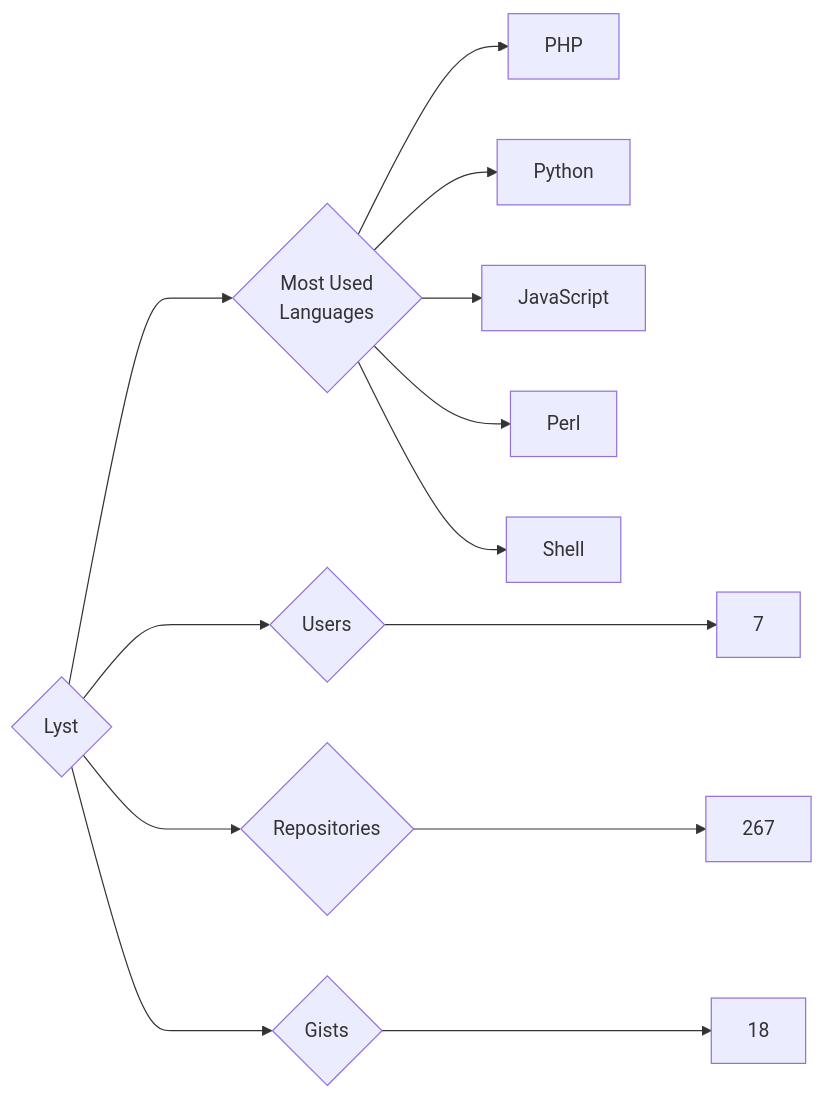
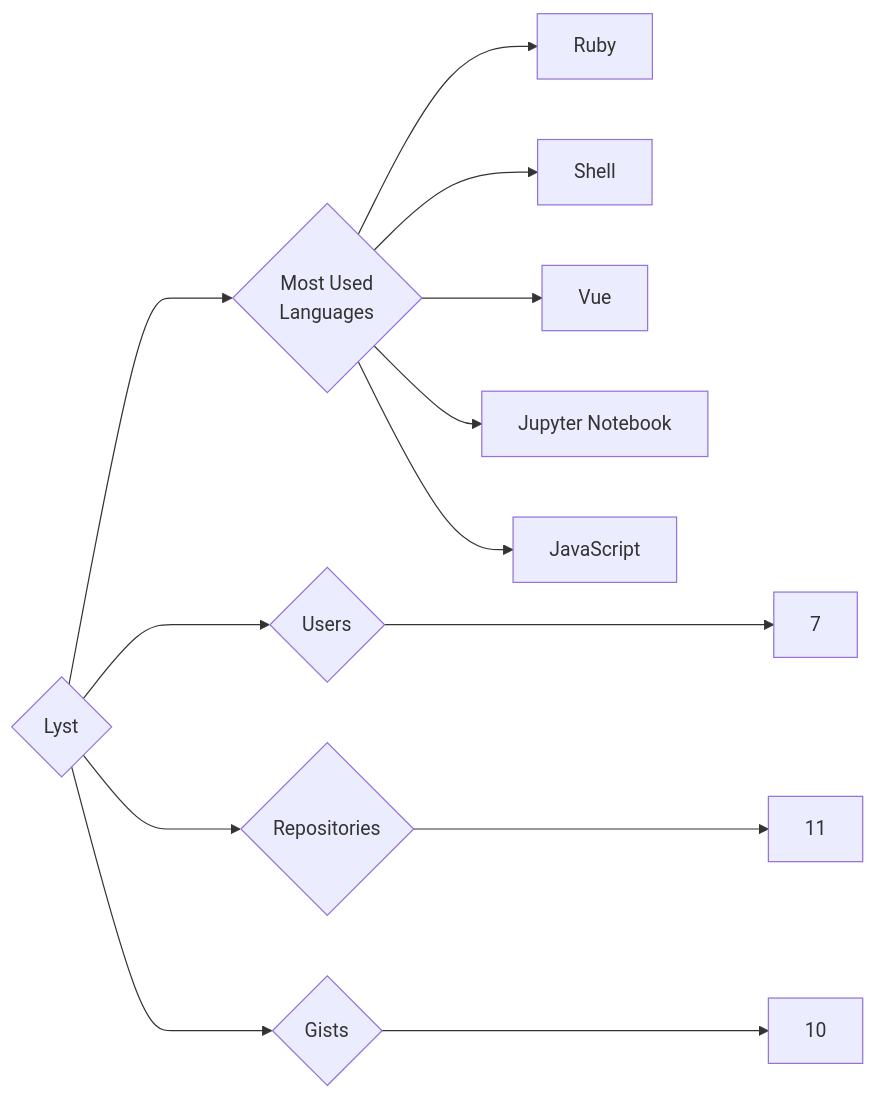
Before and after one commit to trickest/insiders: the diagram in targets/Lyst/README.md, drawn with Mermaid. The commit also changed 877 other files, not shown here.

````diff
--- a/targets/Lyst/README.md
+++ b/targets/Lyst/README.md
@@ -3,13 +3,13 @@
 ```mermaid
 graph LR
 COMPANY_NAME{Lyst}
 COMPANY_NAME ---> U{Users} ---> UN[7]
-COMPANY_NAME ---> R{Repositories} ---> RN[267]
-COMPANY_NAME ---> G{Gists} ---> GN[18]
+COMPANY_NAME ---> R{Repositories} ---> RN[11]
+COMPANY_NAME ---> G{Gists} ---> GN[10]
 COMPANY_NAME ---> ML{Most Used<br>Languages}
-ML --> PHP[PHP]
-ML --> Python[Python]
+ML --> Ruby[Ruby]
+ML --> Shell[Shell]
+ML --> Vue[Vue]
+ML --> Jupyter_Notebook[Jupyter Notebook]
 ML --> JavaScript[JavaScript]
-ML --> Perl[Perl]
-ML --> Shell[Shell]
 ```
````
